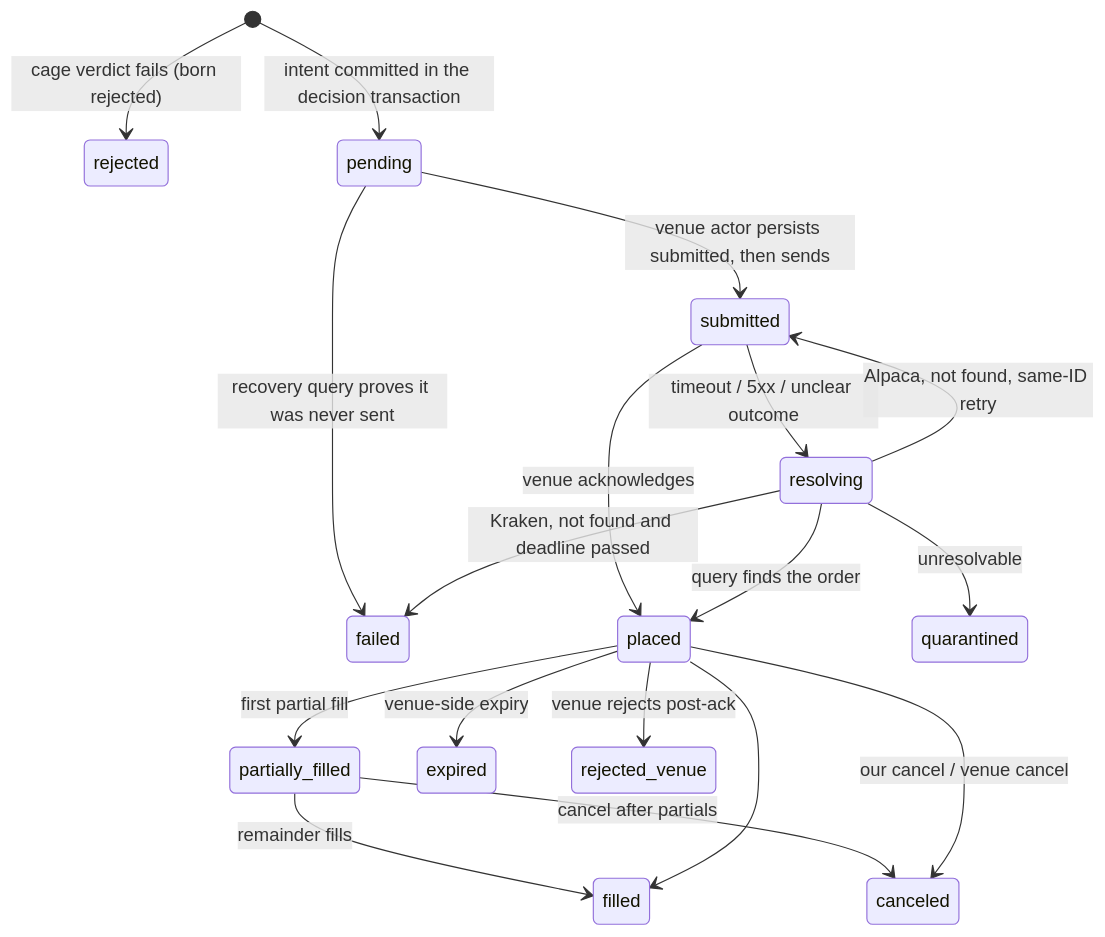
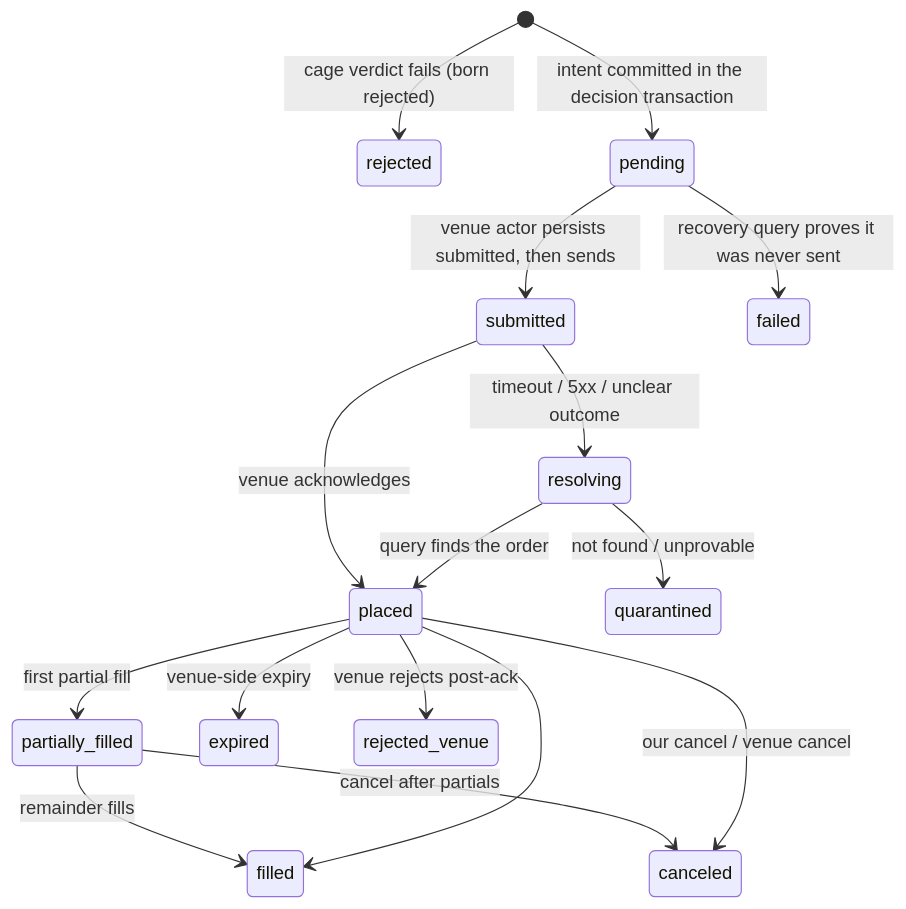
One commit to AdiRishi/ironcage changed the diagram in docs/technical/06-venues.md. Above: the diagram before and after it, drawn with Mermaid. The commit also changed other lines of this file and 22 other files, not shown here.

````diff
--- a/docs/technical/06-venues.md
+++ b/docs/technical/06-venues.md
@@ -94,20 +104,18 @@
 ```mermaid
 stateDiagram-v2
     [*] --> rejected : cage verdict fails (born rejected)
     [*] --> pending : intent committed in the decision transaction
     pending --> submitted : venue actor persists submitted, then sends
     pending --> failed : recovery query proves it was never sent
     submitted --> placed : venue acknowledges
     submitted --> resolving : timeout / 5xx / unclear outcome
     resolving --> placed : query finds the order
-    resolving --> failed : Kraken, not found and deadline passed
-    resolving --> submitted : Alpaca, not found, same-ID retry
-    resolving --> quarantined : unresolvable
+    resolving --> quarantined : not found / unprovable
     placed --> partially_filled : first partial fill
     partially_filled --> filled : remainder fills
     partially_filled --> canceled : cancel after partials
     placed --> filled
     placed --> canceled : our cancel / venue cancel
     placed --> expired : venue-side expiry
     placed --> rejected_venue : venue rejects post-ack
 ```
````
